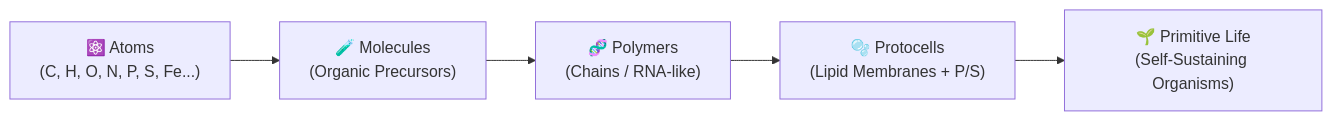
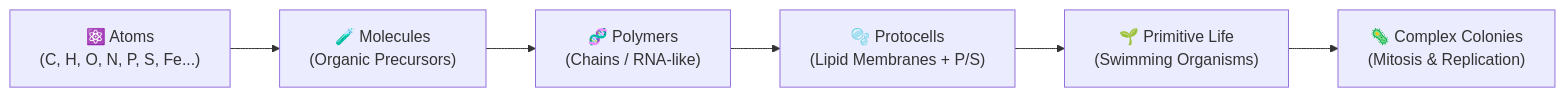
The diagram in README.md (aoxilus/atmosfera), drawn with Mermaid before and after one commit. The commit also changed other lines of this file and 3 other files, not shown here.

````diff
--- a/README.md
+++ b/README.md
@@ -52,7 +56,8 @@
 ```mermaid
 flowchart LR
     A["⚛️ Atoms<br>(C, H, O, N, P, S, Fe...)"] --> B["🧪 Molecules<br>(Organic Precursors)"]
     B --> C["🧬 Polymers<br>(Chains / RNA-like)"]
     C --> D["🫧 Protocells<br>(Lipid Membranes + P/S)"]
-    D --> E["🌱 Primitive Life<br>(Self-Sustaining Organisms)"]
+    D --> E["🌱 Primitive Life<br>(Swimming Organisms)"]
+    E --> F["🦠 Complex Colonies<br>(Mitosis & Replication)"]
 ```
````
